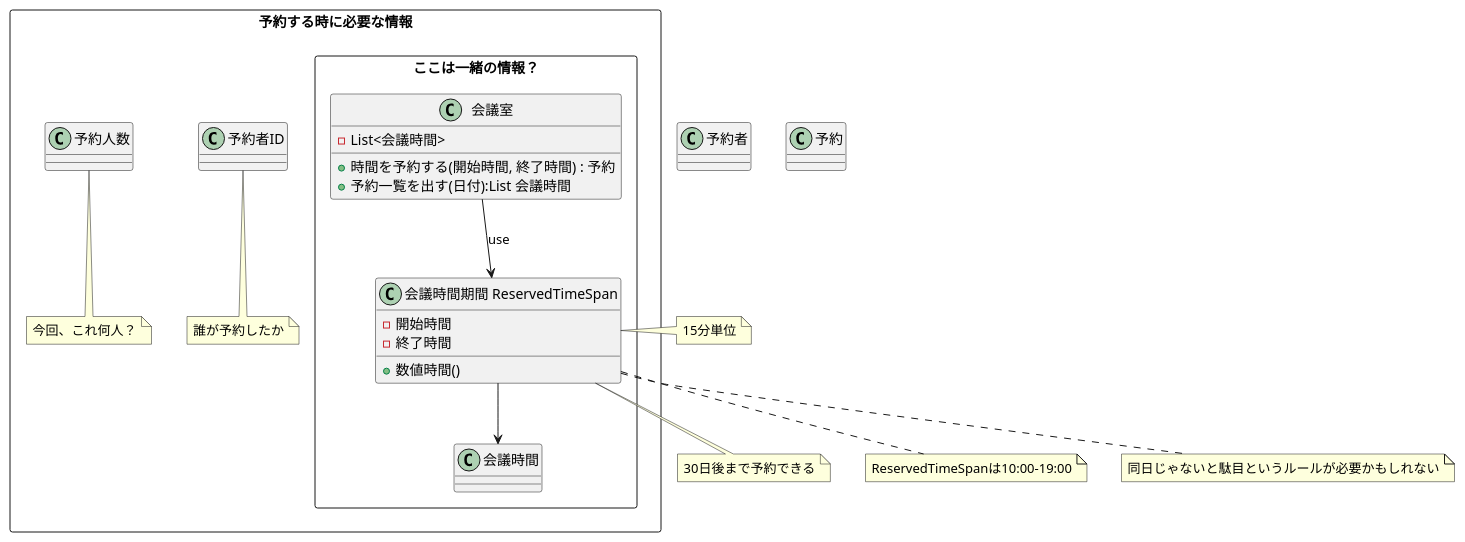
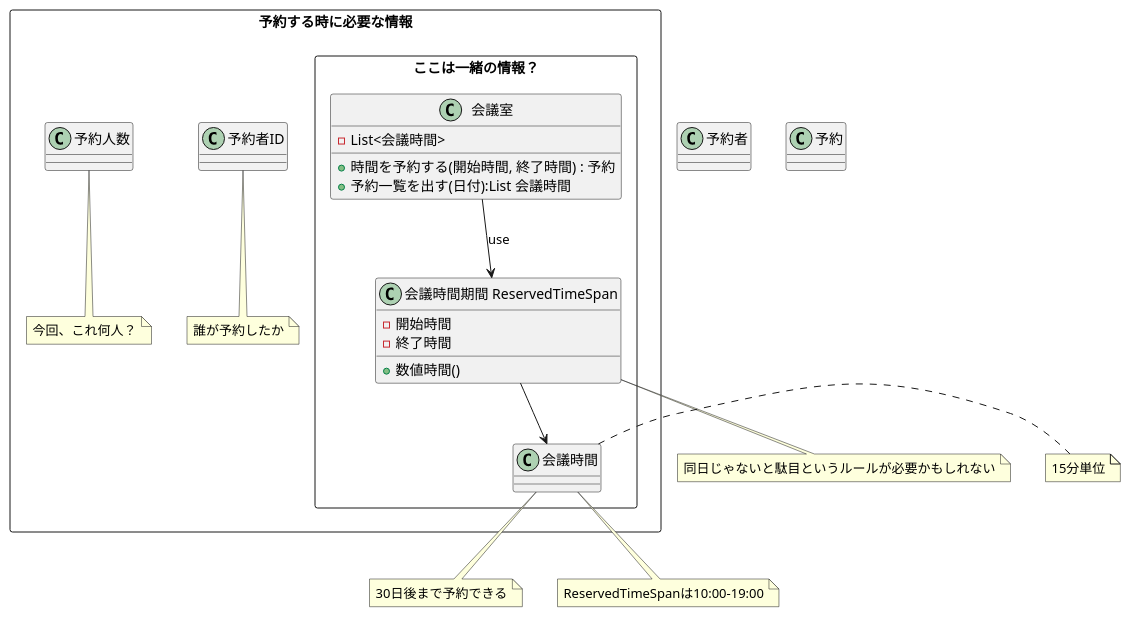
Before and after one commit to jnuank/meeting-room: the diagram in diagram/domainmodel.pu, drawn with PlantUML. The commit also changed 3 other files, not shown here.

```diff
--- a/diagram/domainmodel.pu
+++ b/diagram/domainmodel.pu
@@ -1,50 +1,50 @@
 @startuml
 
 class 予約者
 class 予約
 
 rectangle 予約する時に必要な情報 {
     class 予約者ID
     rectangle ここは一緒の情報？ {
         class "会議室" as MeetingRooms
         {
             - List<会議時間>
             + 時間を予約する(開始時間, 終了時間) : 予約
             + 予約一覧を出す(日付):List 会議時間
         }
         class "会議時間期間 ReservedTimeSpan" as ReservedTimeSpan {
             - 開始時間
             - 終了時間
             + 数値時間() 
         }
         class "会議時間" as ReservedTime {
 
         }
     }
     ReservedTimeSpan --> ReservedTime
     MeetingRooms --> ReservedTimeSpan : use
     class 予約人数
     class 予約者ID
     note bottom of 予約者ID
     誰が予約したか
     end note 
     note bottom of 予約人数
     今回、これ何人？
     end note
 }
 
-note right of ReservedTimeSpan
+note right of ReservedTime
 15分単位
 end note
-note bottom of ReservedTimeSpan
+note bottom of ReservedTime
 30日後まで予約できる
 end note
-note bottom of ReservedTimeSpan
+note bottom of ReservedTime
 ReservedTimeSpanは10:00-19:00
 end note
 
 note bottom of ReservedTimeSpan
 同日じゃないと駄目というルールが必要かもしれない
 end note
 
 @enduml
```
